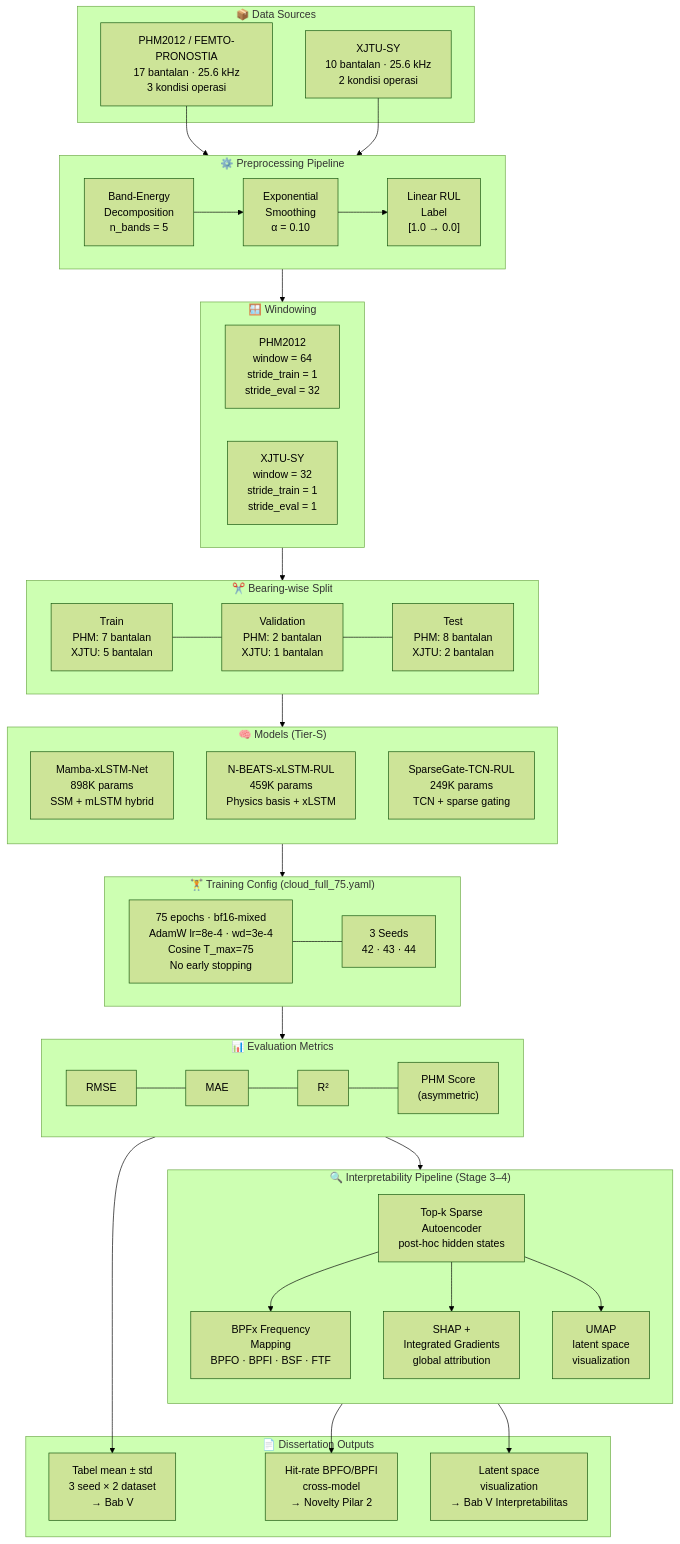
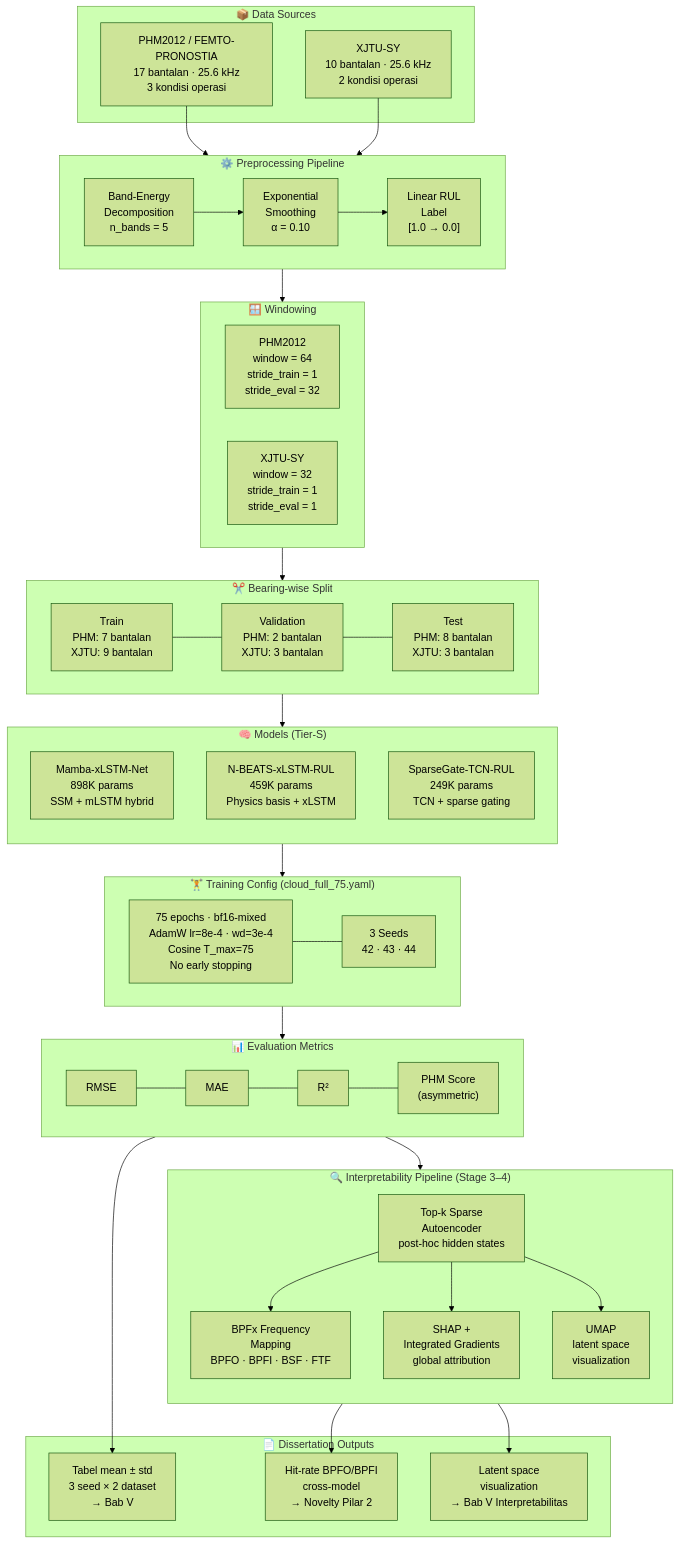
The first of 5 diagrams in writings/research-design-chart.md (ekkirinaldi/rul-bearing-disertation), drawn with Mermaid (forest theme) before and after one commit. The commit also changed other lines of this file and 74 other files, not shown here.

````diff
--- a/writings/research-design-chart.md
+++ b/writings/research-design-chart.md
@@ -5,80 +5,80 @@
 ```mermaid
 flowchart TD
     subgraph INPUT["📦 Data Sources"]
         PHM["PHM2012 / FEMTO-PRONOSTIA\n17 bantalan · 25.6 kHz\n3 kondisi operasi"]
         XJTU["XJTU-SY\n10 bantalan · 25.6 kHz\n2 kondisi operasi"]
     end
 
     subgraph PREPROC["⚙️ Preprocessing Pipeline"]
         direction LR
         BAND["Band-Energy\nDecomposition\nn_bands = 5"]
         SMOOTH["Exponential\nSmoothing\nα = 0.10"]
         LABEL["Linear RUL\nLabel\n[1.0 → 0.0]"]
         BAND --> SMOOTH --> LABEL
     end
 
     subgraph WINDOW["🪟 Windowing"]
         WP["PHM2012\nwindow = 64\nstride_train = 1\nstride_eval = 32"]
         WX["XJTU-SY\nwindow = 32\nstride_train = 1\nstride_eval = 1"]
     end
 
     subgraph SPLIT["✂️ Bearing-wise Split"]
         direction LR
-        TR["Train\nPHM: 7 bantalan\nXJTU: 5 bantalan"]
-        VAL["Validation\nPHM: 2 bantalan\nXJTU: 1 bantalan"]
-        TE["Test\nPHM: 8 bantalan\nXJTU: 2 bantalan"]
+        TR["Train\nPHM: 7 bantalan\nXJTU: 9 bantalan"]
+        VAL["Validation\nPHM: 2 bantalan\nXJTU: 3 bantalan"]
+        TE["Test\nPHM: 8 bantalan\nXJTU: 3 bantalan"]
         TR --- VAL --- TE
     end
 
     subgraph MODELS["🧠 Models (Tier-S)"]
         direction TB
         M1["Mamba-xLSTM-Net\n898K params\nSSM + mLSTM hybrid"]
         M2["N-BEATS-xLSTM-RUL\n459K params\nPhysics basis + xLSTM"]
         M3["SparseGate-TCN-RUL\n249K params\nTCN + sparse gating"]
     end
 
     subgraph TRAIN["🏋️ Training Config (cloud_full_75.yaml)"]
         direction LR
         TC["75 epochs · bf16-mixed\nAdamW lr=8e-4 · wd=3e-4\nCosine T_max=75\nNo early stopping"]
         SEEDS["3 Seeds\n42 · 43 · 44"]
         TC --- SEEDS
     end
 
     subgraph EVAL["📊 Evaluation Metrics"]
         direction LR
         E1["RMSE"]
         E2["MAE"]
         E3["R²"]
         E4["PHM Score\n(asymmetric)"]
         E1 --- E2 --- E3 --- E4
     end
 
     subgraph INTERP["🔍 Interpretability Pipeline (Stage 3–4)"]
         direction TB
         SAE["Top-k Sparse\nAutoencoder\npost-hoc hidden states"]
         BPFX["BPFx Frequency\nMapping\nBPFO · BPFI · BSF · FTF"]
         SHAP["SHAP +\nIntegrated Gradients\nglobal attribution"]
         UMAP["UMAP\nlatent space\nvisualization"]
         SAE --> BPFX
         SAE --> SHAP
         SAE --> UMAP
     end
 
     subgraph OUTPUT["📄 Dissertation Outputs"]
         O1["Tabel mean ± std\n3 seed × 2 dataset\n→ Bab V"]
         O2["Hit-rate BPFO/BPFI\ncross-model\n→ Novelty Pilar 2"]
         O3["Latent space\nvisualization\n→ Bab V Interpretabilitas"]
     end
 
     PHM --> PREPROC
     XJTU --> PREPROC
     PREPROC --> WINDOW
     WINDOW --> SPLIT
     SPLIT --> MODELS
     MODELS --> TRAIN
     TRAIN --> EVAL
     EVAL --> INTERP
     EVAL --> O1
     INTERP --> O2
     INTERP --> O3
 ```
````
